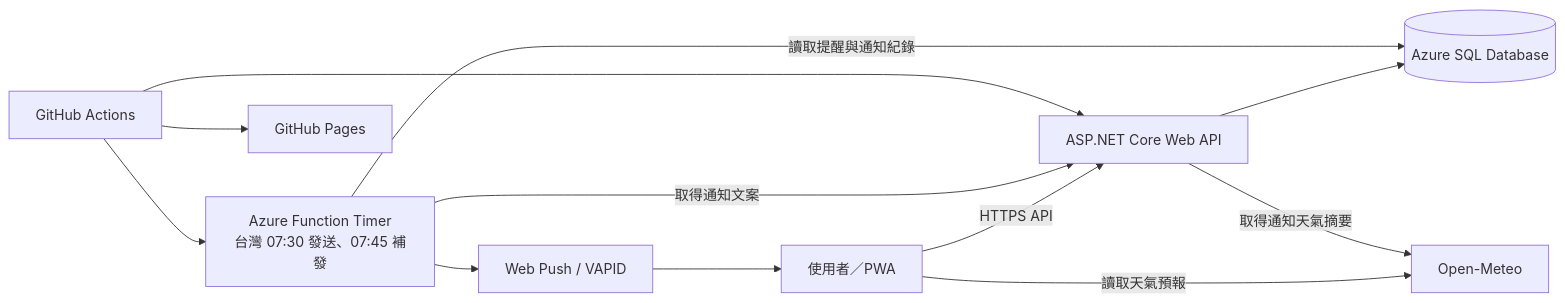
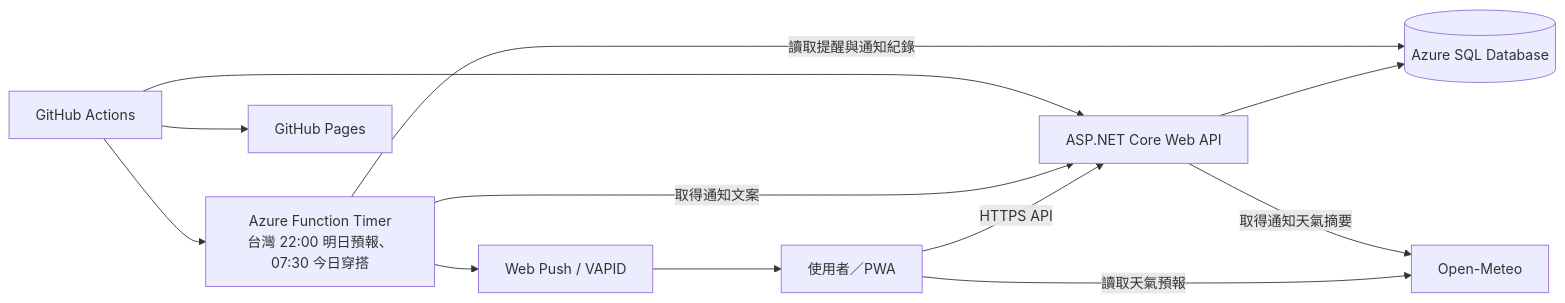
The diagram in README.md (Jhen-H/WEATHER-OUTFIT), drawn with Mermaid before and after one commit. The commit also changed other lines of this file and 6 other files, not shown here.

````diff
--- a/README.md
+++ b/README.md
@@ -34,14 +34,14 @@
 ```mermaid
 flowchart LR
   U[使用者／PWA] -->|讀取天氣預報| W[Open-Meteo]
   U -->|HTTPS API| A[ASP.NET Core Web API]
   A --> S[(Azure SQL Database)]
   A -->|取得通知天氣摘要| W
-  F[Azure Function Timer<br/>台灣 07:30 發送、07:45 補發] -->|讀取提醒與通知紀錄| S
+  F[Azure Function Timer<br/>台灣 22:00 明日預報、07:30 今日穿搭] -->|讀取提醒與通知紀錄| S
   F -->|取得通知文案| A
   F --> P[Web Push / VAPID]
   P --> U
   G[GitHub Actions] --> GH[GitHub Pages]
   G --> A
   G --> F
 ```
````
